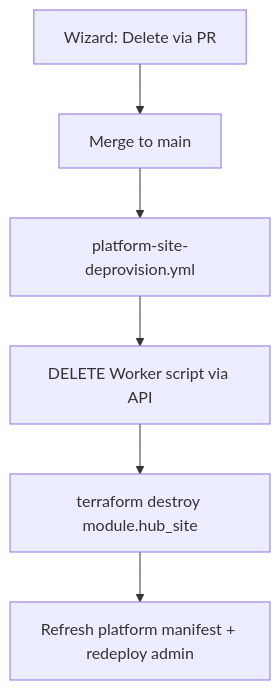
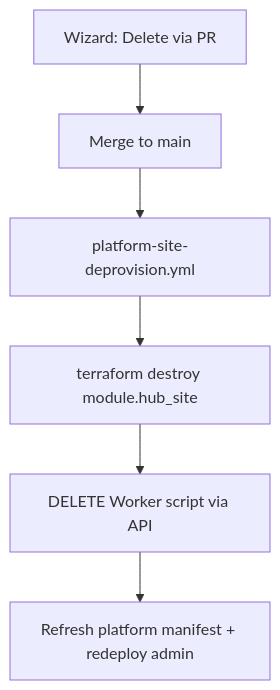
Before and after one commit to marklovely/home-dashboard: the second of 2 diagrams in docs/platform-provision.md, drawn with Mermaid. The commit also changed other lines of this file and 8 other files, not shown here.

First line of the commit message:
Improve platform site delete-recreate guidance and docs.

````diff
--- a/docs/platform-provision.md
+++ b/docs/platform-provision.md
@@ -295,8 +295,8 @@
 ```mermaid
 flowchart TD
   A[Wizard: Delete via PR] --> B[Merge to main]
   B --> C[platform-site-deprovision.yml]
-  C --> D[DELETE Worker script via API]
-  D --> E[terraform destroy module.hub_site]
+  C --> D[terraform destroy module.hub_site]
+  D --> E[DELETE Worker script via API]
   E --> F[Refresh platform manifest + redeploy admin]
 ```
````
